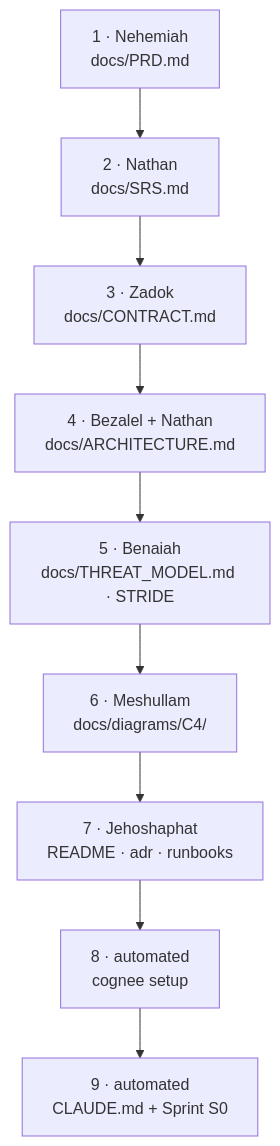
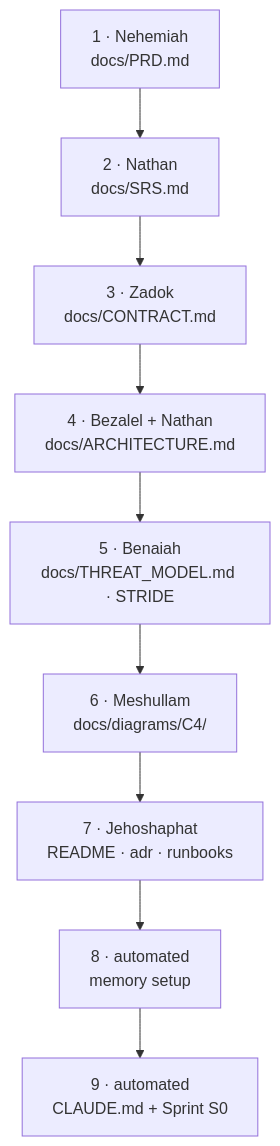
Before and after one commit to mibienpanjoe/ares: the diagram in docs/usage/02-project-init.md, drawn with Mermaid. The commit also changed other lines of this file and 19 other files, not shown here.

````diff
--- a/docs/usage/02-project-init.md
+++ b/docs/usage/02-project-init.md
@@ -62,11 +63,11 @@
 ```mermaid
 flowchart TD
     PRD["1 · Nehemiah<br/>docs/PRD.md"] --> SRS["2 · Nathan<br/>docs/SRS.md"]
     SRS --> CON["3 · Zadok<br/>docs/CONTRACT.md"]
     CON --> ARC["4 · Bezalel + Nathan<br/>docs/ARCHITECTURE.md"]
     ARC --> TM["5 · Benaiah<br/>docs/THREAT_MODEL.md · STRIDE"]
     TM --> C4["6 · Meshullam<br/>docs/diagrams/C4/"]
     C4 --> DOCS["7 · Jehoshaphat<br/>README · adr · runbooks"]
-    DOCS --> KN["8 · automated<br/>cognee setup"]
+    DOCS --> KN["8 · automated<br/>memory setup"]
     KN --> CL["9 · automated<br/>CLAUDE.md + Sprint S0"]
 ```
````
